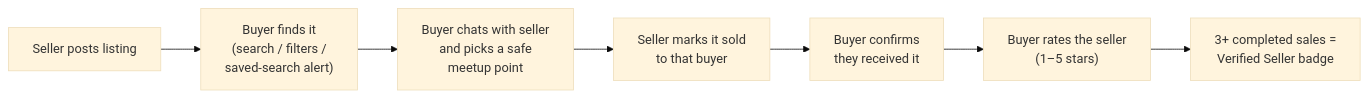
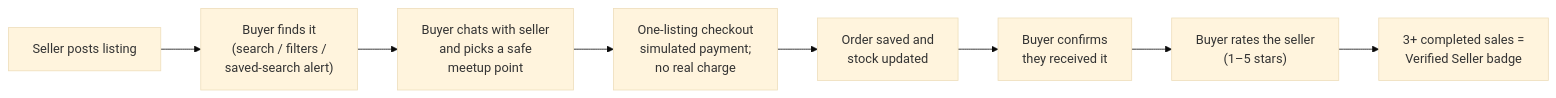
One commit to Siphokuhle-222357614/CPUTrade changed the second of 3 diagrams in README.md. Above: the diagram before and after it, drawn with Mermaid (base theme). The commit also changed other lines of this file and 159 other files, not shown here.

Commit message:
Updated with Checkout, Order, CART, etc

````diff
--- a/README.md
+++ b/README.md
@@ -166,9 +169,10 @@
 ```mermaid
 flowchart LR
     A["Seller posts listing"] --> B["Buyer finds it<br/>(search / filters /<br/>saved-search alert)"]
     B --> C["Buyer chats with seller<br/>and picks a safe<br/>meetup point"]
-    C --> D["Seller marks it sold<br/>to that buyer"]
-    D --> E["Buyer confirms<br/>they received it"]
-    E --> F["Buyer rates the seller<br/>(1–5 stars)"]
-    F --> G["3+ completed sales =<br/>Verified Seller badge"]
+    C --> D["One-listing checkout<br/>simulated payment;<br/>no real charge"]
+    D --> E["Order saved and<br/>stock updated"]
+    E --> F["Buyer confirms<br/>they received it"]
+    F --> G["Buyer rates the seller<br/>(1–5 stars)"]
+    G --> H["3+ completed sales =<br/>Verified Seller badge"]
 ```
````
